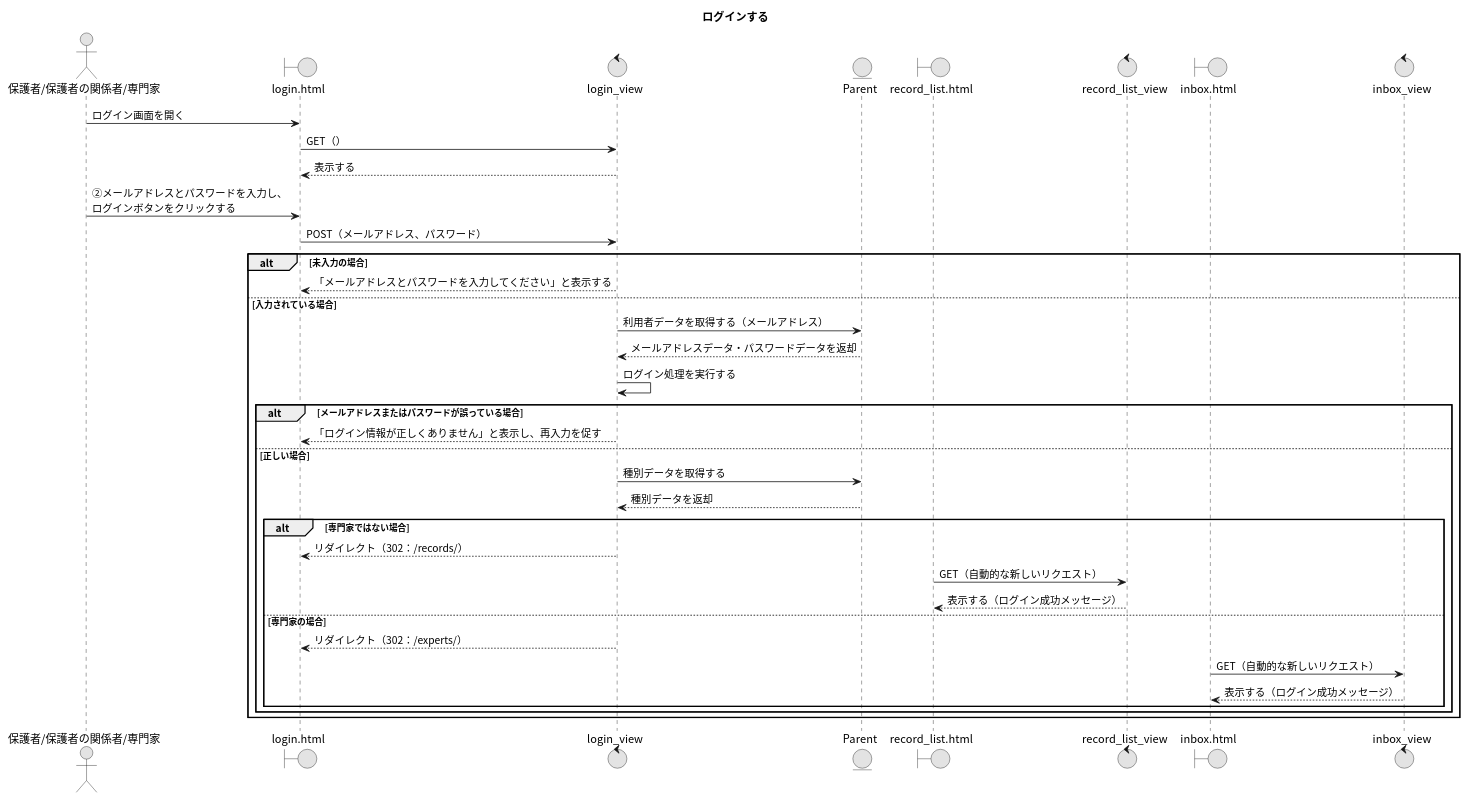
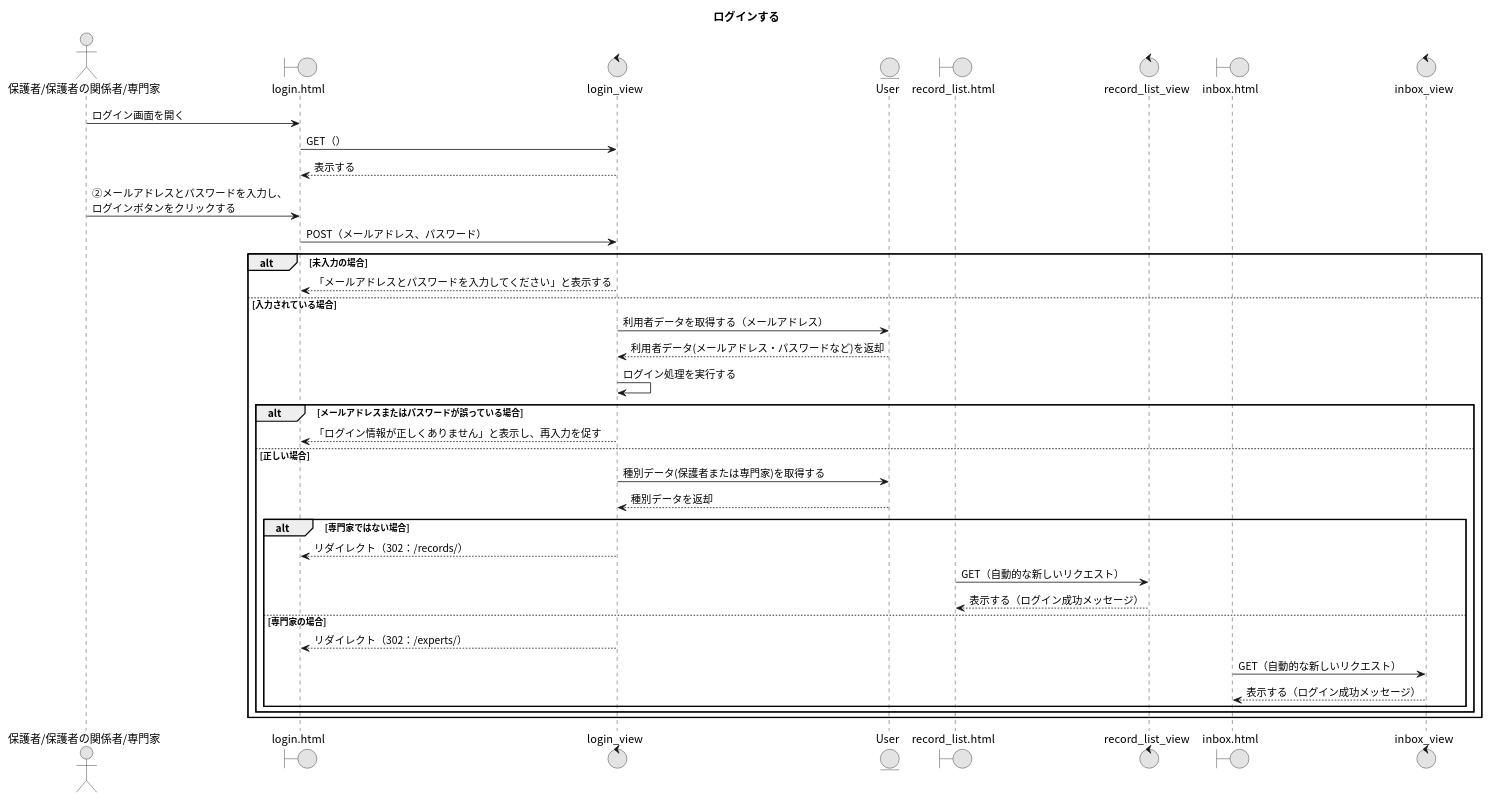
One commit to Ma2naga190330/26_sotugyou_puml changed the diagram in 02_ログインする.puml. Above: the diagram before and after it, drawn with PlantUML. The commit also changed 3 other files, not shown here.

```diff
--- a/02_ログインする.puml
+++ b/02_ログインする.puml
@@ -1,44 +1,44 @@
 @startuml
 title ログインする
 skinparam defaultFontName "Noto Sans CJK JP"
 skinparam monochrome true
 
 actor "保護者/保護者の関係者/専門家" as A
 boundary "login.html" as LP
 control "login_view" as LV
-entity "Parent" as UM
+entity "User" as UM
 boundary "record_list.html" as RLP
 control "record_list_view" as RLV
 boundary "inbox.html" as IBP
 control "inbox_view" as IBV
 
 ' 最初の画面表示
 A -> LP : ログイン画面を開く
 LP -> LV : GET（）
 LV --> LP : 表示する
 
 A -> LP : ②メールアドレスとパスワードを入力し、\nログインボタンをクリックする
 LP -> LV : POST（メールアドレス、パスワード）
 alt 未入力の場合
   LV --> LP : 「メールアドレスとパスワードを入力してください」と表示する
 else 入力されている場合
   LV -> UM : 利用者データを取得する（メールアドレス）
-  LV <-- UM : メールアドレスデータ・パスワードデータを返却
+  LV <-- UM : 利用者データ(メールアドレス・パスワードなど)を返却
   LV -> LV : ログイン処理を実行する
   alt メールアドレスまたはパスワードが誤っている場合
     LV --> LP : 「ログイン情報が正しくありません」と表示し、再入力を促す
   else 正しい場合
-    LV -> UM : 種別データを取得する
+    LV -> UM : 種別データ(保護者または専門家)を取得する
     LV <-- UM : 種別データを返却
     alt 専門家ではない場合
       LV --> LP : リダイレクト（302：/records/）
       RLP -> RLV : GET（自動的な新しいリクエスト）
       RLV --> RLP : 表示する（ログイン成功メッセージ）
     else 専門家の場合
       LV --> LP : リダイレクト（302：/experts/）
       IBP -> IBV : GET（自動的な新しいリクエスト）
       IBV --> IBP : 表示する（ログイン成功メッセージ）
     end
   end
 end
 @enduml
```
